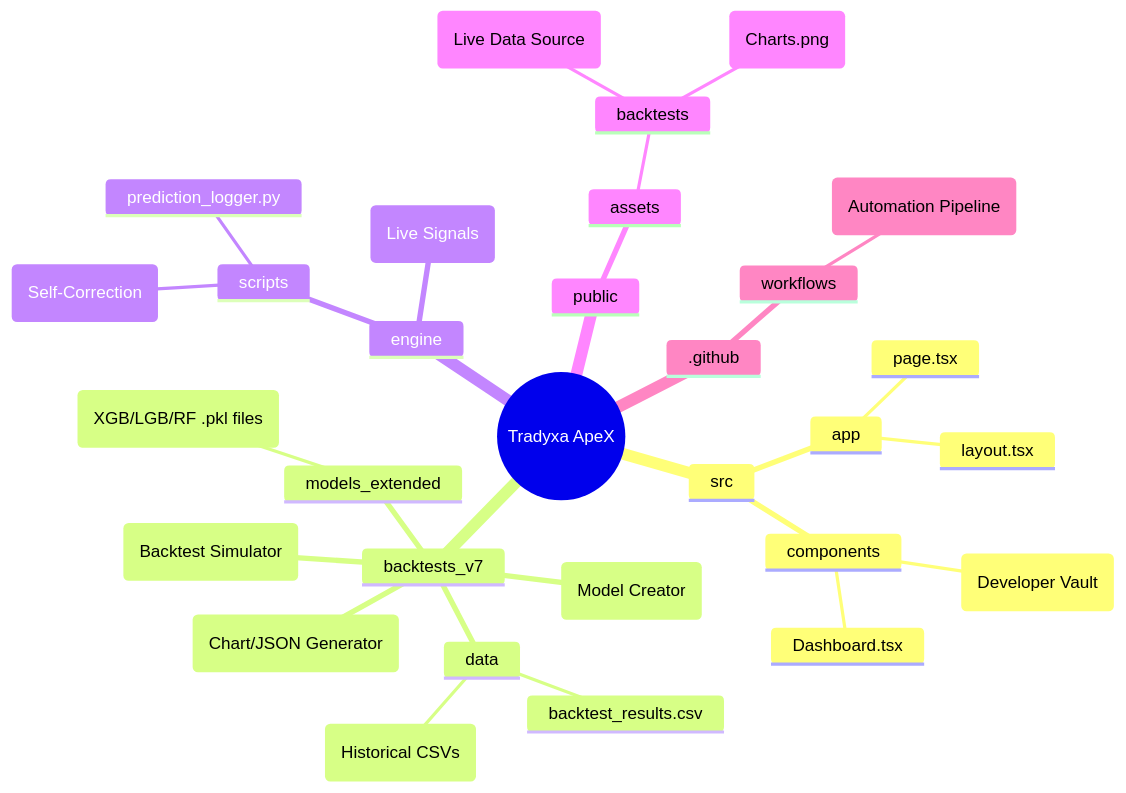
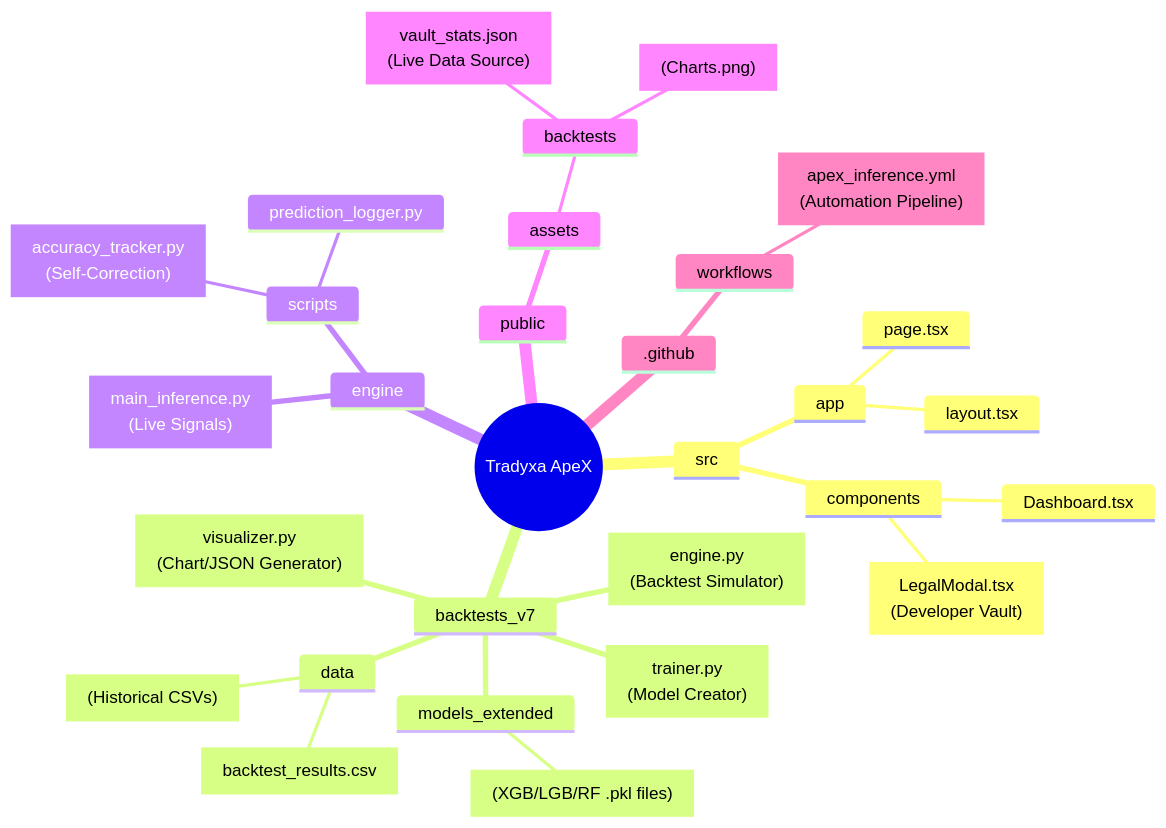
Before and after one commit to pravindev666/Tradyx-Aleph: the first of 6 diagrams in README.md, drawn with Mermaid. The commit also changed other lines of this file, not shown here.

````diff
--- a/README.md
+++ b/README.md
@@ -5,33 +5,33 @@
 ```mermaid
 mindmap
   root((Tradyxa ApeX))
     src
       app
         layout.tsx
         page.tsx
       components
-        LegalModal.tsx (Developer Vault)
+        LegalModal.tsx["LegalModal.tsx<br/>(Developer Vault)"]
         Dashboard.tsx
     backtests_v7
       data
-        (Historical CSVs)
-        backtest_results.csv
+        CSV_Hist["(Historical CSVs)"]
+        Results["backtest_results.csv"]
       models_extended
-        (XGB/LGB/RF .pkl files)
-      trainer.py (Model Creator)
-      engine.py (Backtest Simulator)
-      visualizer.py (Chart/JSON Generator)
+        PKL["(XGB/LGB/RF .pkl files)"]
+      trainer.py["trainer.py<br/>(Model Creator)"]
+      engine.py["engine.py<br/>(Backtest Simulator)"]
+      visualizer.py["visualizer.py<br/>(Chart/JSON Generator)"]
     engine
-      main_inference.py (Live Signals)
+      main_inference.py["main_inference.py<br/>(Live Signals)"]
       scripts
-        accuracy_tracker.py (Self-Correction)
+        accuracy_tracker.py["accuracy_tracker.py<br/>(Self-Correction)"]
         prediction_logger.py
     public
       assets
         backtests
-          vault_stats.json (Live Data Source)
-          (Charts.png)
+          vault_stats.json["vault_stats.json<br/>(Live Data Source)"]
+          Charts["(Charts.png)"]
     .github
       workflows
-        apex_inference.yml (Automation Pipeline)
+        apex_inference.yml["apex_inference.yml<br/>(Automation Pipeline)"]
 ```
````
